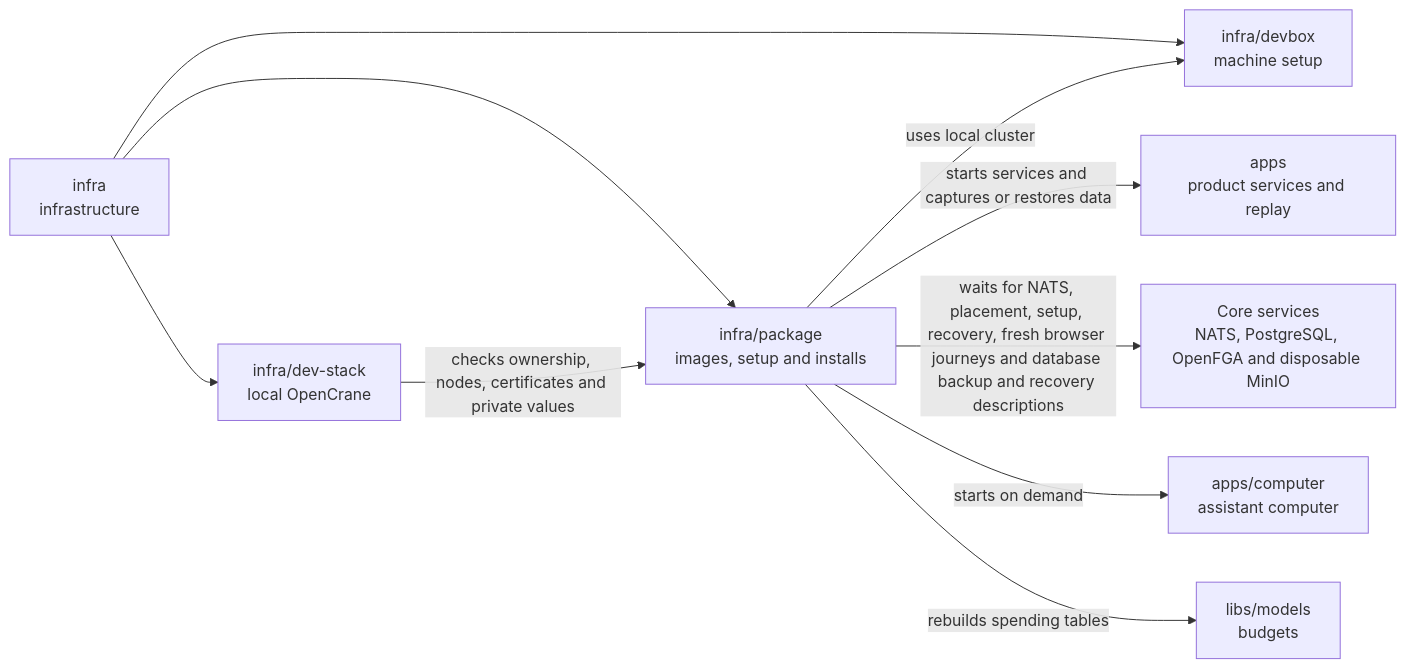
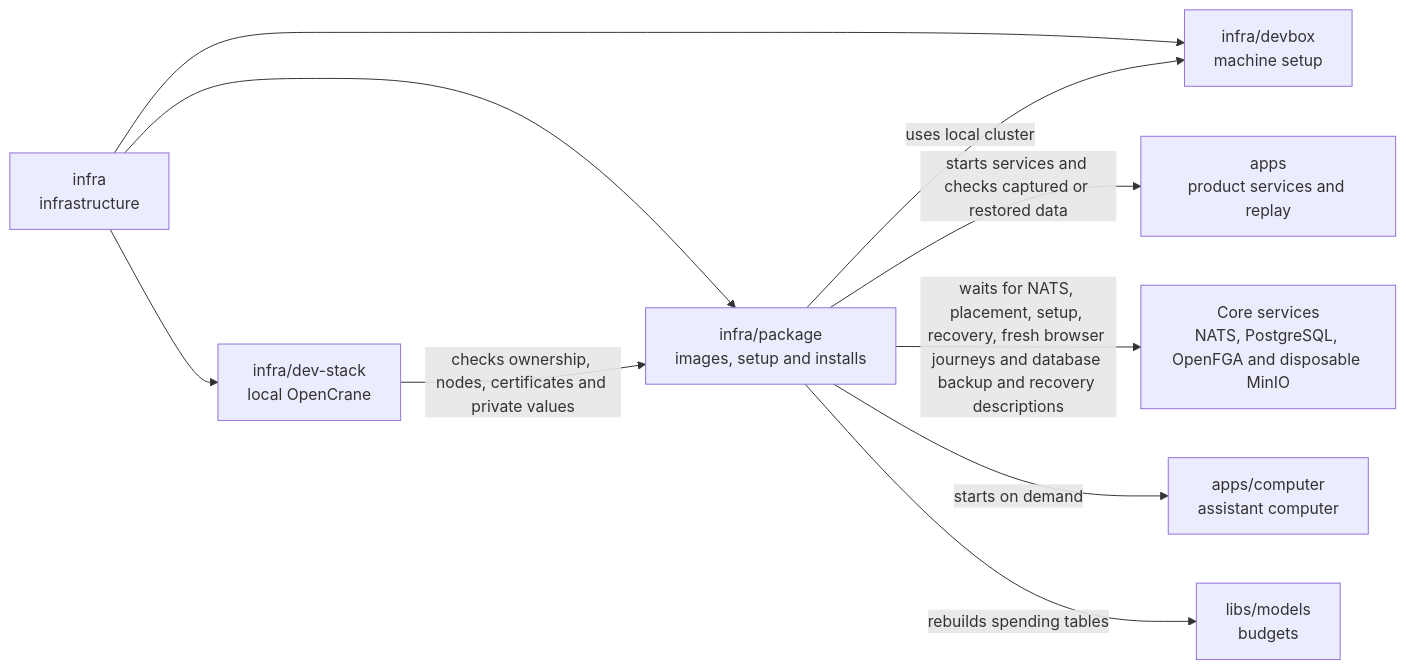
Before and after one commit to elewa-git/opencrane-new: the diagram in infra/package/README.md, drawn with Mermaid. The commit also changed other lines of this file and 5 other files, not shown here.

````diff
--- a/infra/package/README.md
+++ b/infra/package/README.md
@@ -19,12 +19,12 @@
 ```mermaid
 flowchart LR
   infra["infra<br/>infrastructure"] --> package["infra/package<br/>images, setup and installs"]
   infra --> stack["infra/dev-stack<br/>local OpenCrane"]
   infra --> devbox["infra/devbox<br/>machine setup"]
   stack -->|checks ownership, nodes, certificates and private values| package
   package -->|uses local cluster| devbox
-  package -->|starts services and captures or restores data| apps["apps<br/>product services and replay"]
+  package -->|starts services and checks captured or restored data| apps["apps<br/>product services and replay"]
   package -->|waits for NATS, placement, setup, recovery, fresh browser journeys and database backup and recovery descriptions| services["Core services<br/>NATS, PostgreSQL, OpenFGA and disposable MinIO"]
   package -->|starts on demand| computer["apps/computer<br/>assistant computer"]
   package -->|rebuilds spending tables| models["libs/models<br/>budgets"]
 ```
````
